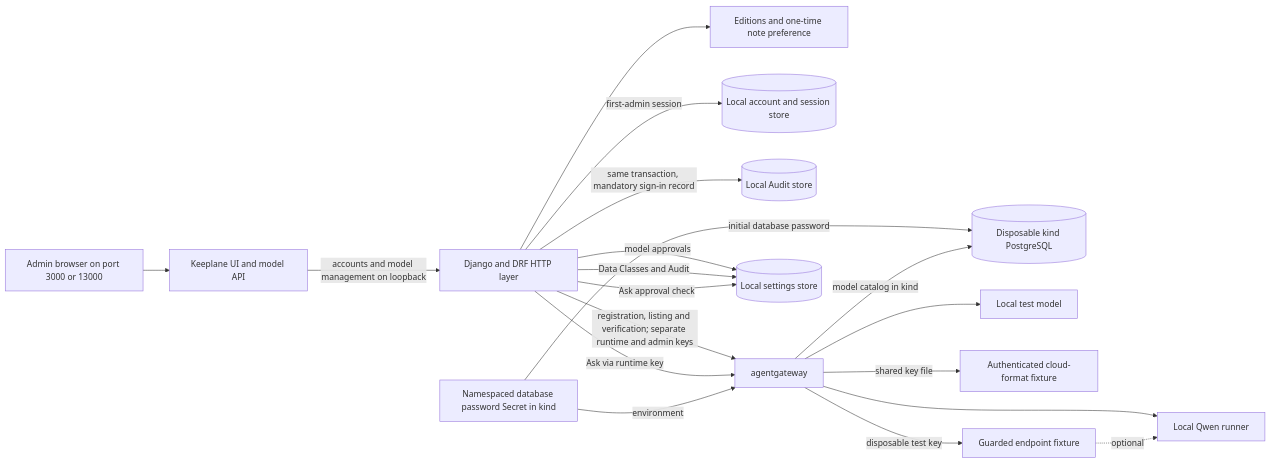
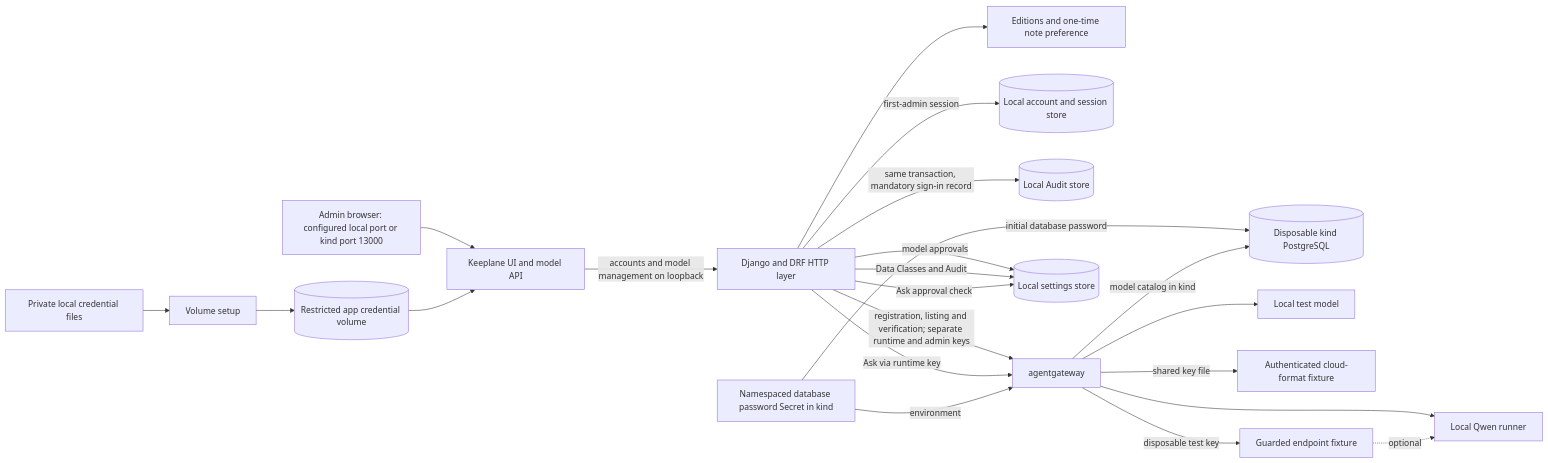
Before and after one commit to OsamaFelFel/keeplane: the second of 4 diagrams in docs/architecture/local-preview.md, drawn with Mermaid. The commit also changed other lines of this file and 43 other files, not shown here.

````diff
--- a/docs/architecture/local-preview.md
+++ b/docs/architecture/local-preview.md
@@ -33,21 +41,24 @@
 ```mermaid
 flowchart LR
-  Browser[Admin browser on port 3000 or 13000] --> App[Keeplane UI and model API]
+  Browser[Admin browser: configured local port or kind port 13000] --> App[Keeplane UI and model API]
+  Credentials[Private local credential files] --> Init[Volume setup]
+  Init --> Secrets[(Restricted app credential volume)]
+  Secrets --> App
   App -->|accounts and model management on loopback| Django[Django and DRF HTTP layer]
   Django --> Editions[Editions and one-time note preference]
   Django -->|first-admin session| Accounts[(Local account and session store)]
   Django -->|same transaction, mandatory sign-in record| Audit[(Local Audit store)]
   Django -->|registration, listing and verification; separate runtime and admin keys| Gateway[agentgateway]
   Django -->|model approvals| Settings[(Local settings store)]
   Django -->|Data Classes and Audit| Settings
   Django -->|Ask approval check| Settings
   Django -->|Ask via runtime key| Gateway
   DBSecret[Namespaced database password Secret in kind] -->|environment| Gateway
   DBSecret -->|initial database password| Postgres[(Disposable kind PostgreSQL)]
   Gateway -->|model catalog in kind| Postgres
   Gateway --> Fixture[Local test model]
   Gateway --> Qwen[Local Qwen runner]
   Gateway -->|shared key file| Cloud[Authenticated cloud-format fixture]
   Gateway -->|disposable test key| Guarded[Guarded endpoint fixture]
   Guarded -. optional .-> Qwen
 ```
````
